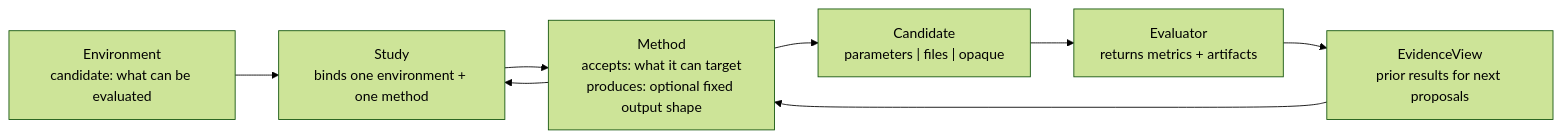
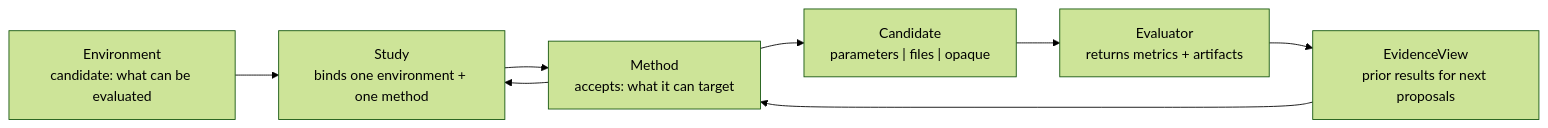
One commit to MINDS-THU/OptPilot changed the first of 2 diagrams in docs/candidate-contracts.md. Above: the diagram before and after it, drawn with Mermaid (forest theme). The commit also changed other lines of this file and 83 other files, not shown here.

````diff
--- a/docs/candidate-contracts.md
+++ b/docs/candidate-contracts.md
@@ -12,17 +12,17 @@
 ```mermaid
 flowchart LR
   Env["Environment\ncandidate: what can be evaluated"]
-  Method["Method\naccepts: what it can target\nproduces: optional fixed output shape"]
+  Method["Method\naccepts: what it can target"]
   Study["Study\nbinds one environment + one method"]
   Candidate["Candidate\nparameters | files | opaque"]
   Eval["Evaluator\nreturns metrics + artifacts"]
   Evidence["EvidenceView\nprior results for next proposals"]
 
   Env --> Study
   Method --> Study
   Study --> Method
   Method --> Candidate
   Candidate --> Eval
   Eval --> Evidence
   Evidence --> Method
 ```
````
